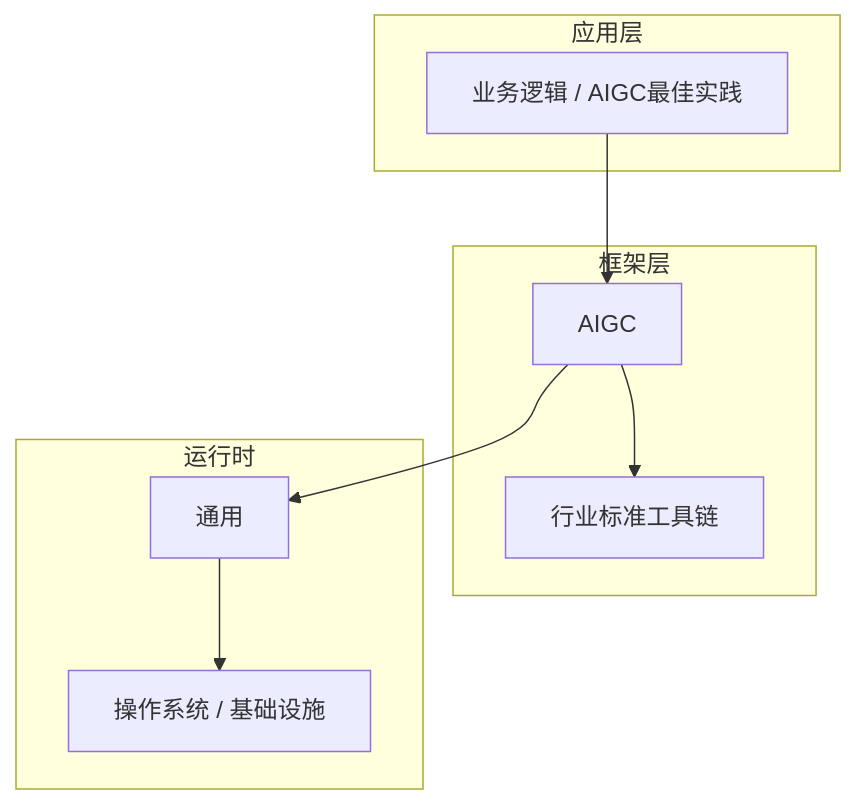
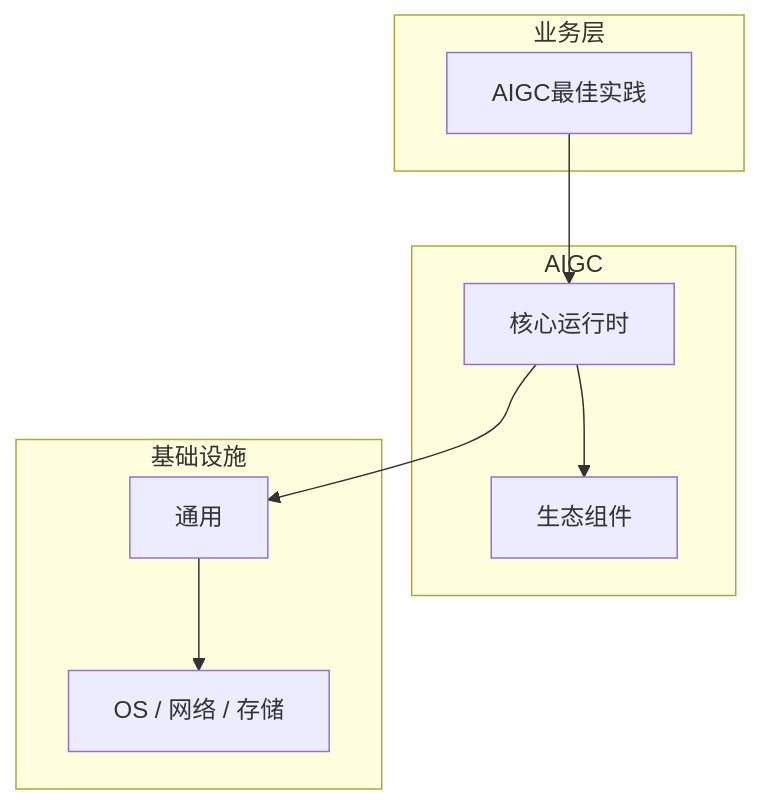
One commit to yanggan2015/knowledge-json-v2 changed the diagram in articles/AIGC/chapters/095-AIGC最佳实践核心概念与原理.md. Above: the diagram before and after it, drawn with Mermaid. The commit also changed other lines of this file and 10127 other files, not shown here.

````diff
--- a/articles/AIGC/chapters/095-AIGC最佳实践核心概念与原理.md
+++ b/articles/AIGC/chapters/095-AIGC最佳实践核心概念与原理.md
@@ -45,18 +34,18 @@
 ```mermaid
 graph TB
-    subgraph 应用层
-        A[业务逻辑 / AIGC最佳实践]
+    subgraph 业务层
+        A[AIGC最佳实践]
     end
-    subgraph 框架层
-        B[AIGC]
-        C[行业标准工具链]
+    subgraph AIGC
+        B[核心运行时]
+        C[生态组件]
     end
-    subgraph 运行时
+    subgraph 基础设施
         D[通用]
-        E[操作系统 / 基础设施]
+        E[OS / 网络 / 存储]
     end
     A --> B
     B --> C
     B --> D
     D --> E
 ```
````
